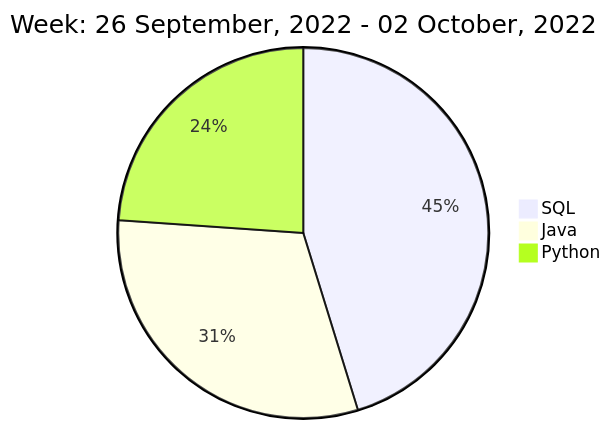
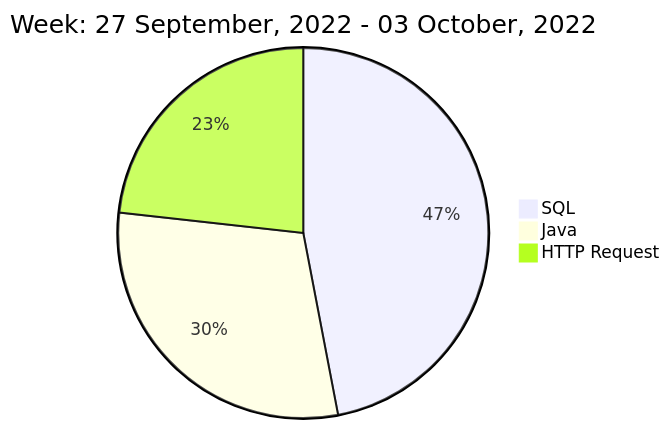
The diagram in README.md (liubin95/liubin95), drawn with Mermaid before and after one commit.

Commit message:
Updated the Graph with new Metrics

````diff
--- a/README.md
+++ b/README.md
@@ -40,7 +40,7 @@
 ```mermaid
  pie
-title Week: 26 September, 2022 - 02 October, 2022
- "SQL" : 3.37
- "Java" : 2.3
- "Python" : 1.78
+title Week: 27 September, 2022 - 03 October, 2022
+ "SQL" : 2.73
+ "Java" : 1.73
+ "HTTP Request" : 1.35
 ```
````
